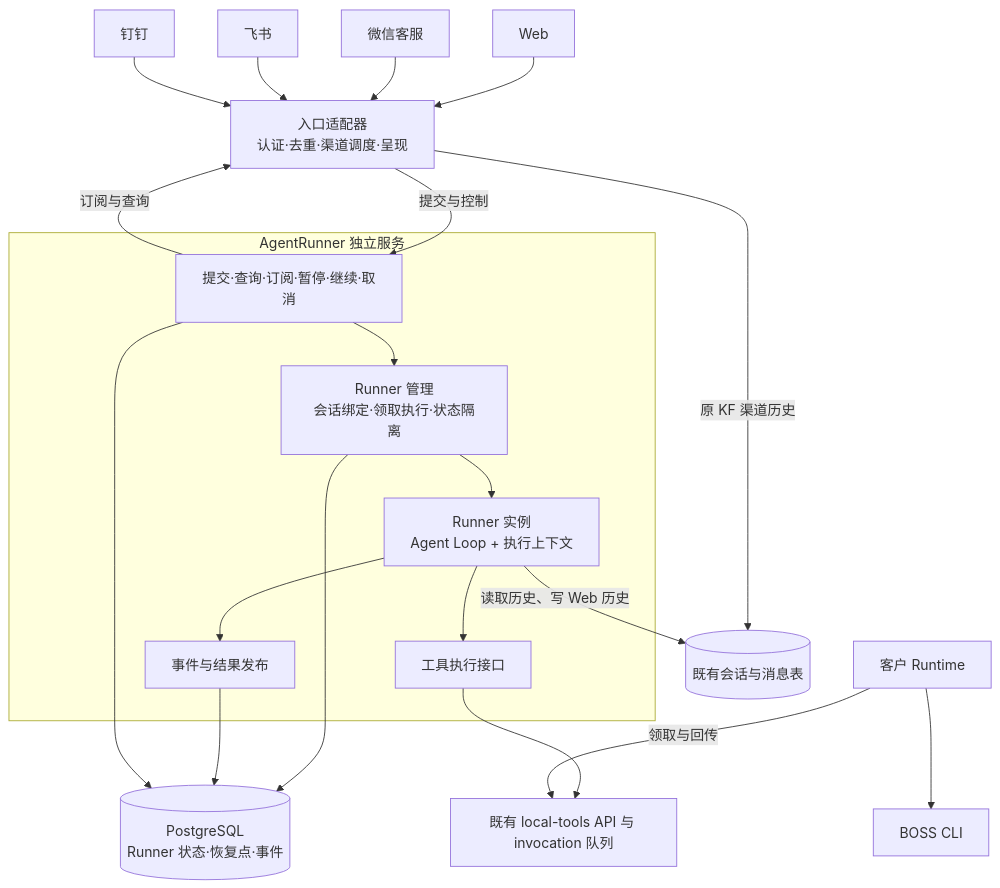
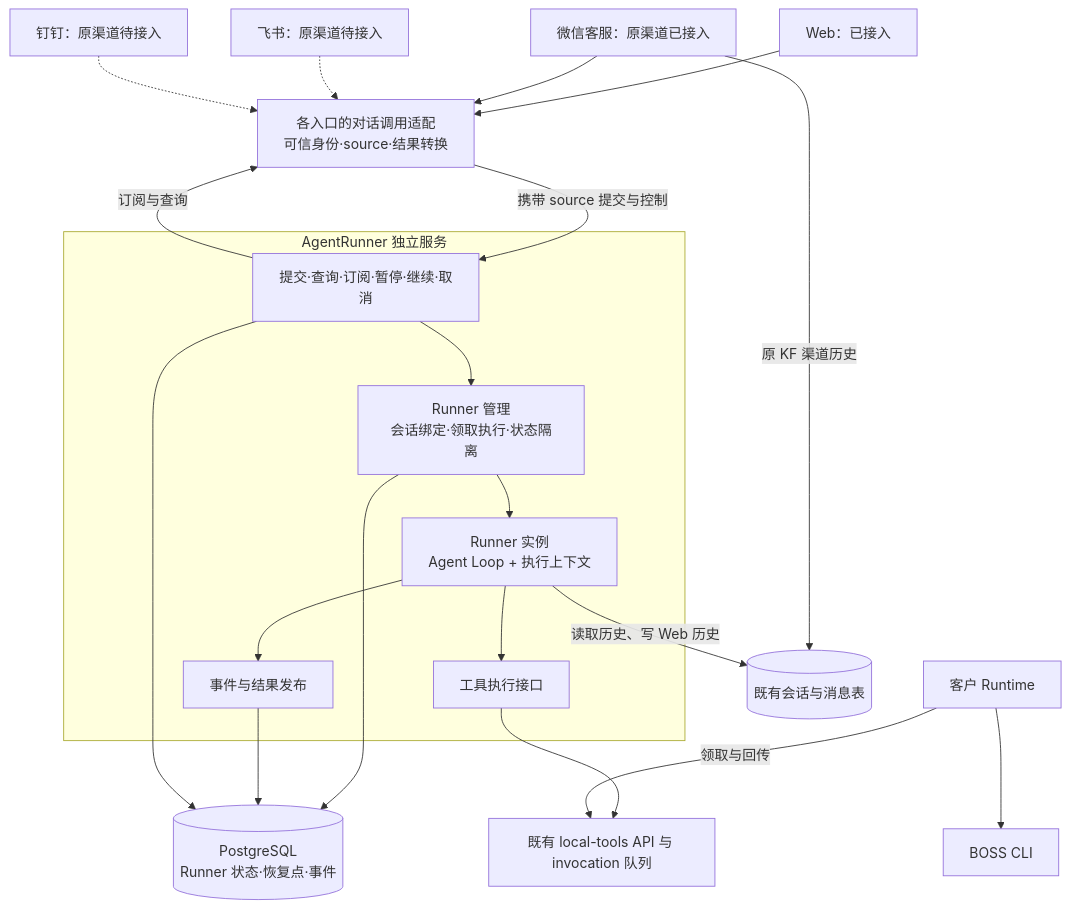
One commit to ethynic/aid-work-agent changed the diagram in docs/system/agent-application-architecture-design.md. Above: the diagram before and after it, drawn with Mermaid. The commit also changed other lines of this file and 9 other files, not shown here.

First line of the commit message:
docs(architecture): 重构完成状态归档与渠道接入一致性修订

````diff
--- a/docs/system/agent-application-architecture-design.md
+++ b/docs/system/agent-application-architecture-design.md
@@ -46,38 +48,38 @@
 ```mermaid
 flowchart TB
-  W[Web]
-  K[微信客服]
-  F[飞书]
-  D[钉钉]
-  A["入口适配器<br/>认证·去重·渠道调度·呈现"]
+  W[Web：已接入]
+  K[微信客服：原渠道已接入]
+  F[飞书：原渠道待接入]
+  D[钉钉：原渠道待接入]
+  A["各入口的对话调用适配<br/>可信身份·source·结果转换"]
   subgraph Service[AgentRunner 独立服务]
     API[提交·查询·订阅·暂停·继续·取消]
     Manager["Runner 管理<br/>会话绑定·领取执行·状态隔离"]
     Runner["Runner 实例<br/>Agent Loop + 执行上下文"]
     Tools[工具执行接口]
     Events[事件与结果发布]
   end
   Store[("PostgreSQL<br/>Runner 状态·恢复点·事件")]
   Chat[(既有会话与消息表)]
   Local[既有 local-tools API 与 invocation 队列]
   RT[客户 Runtime]
   B[BOSS CLI]
   W --> A
   K --> A
-  F --> A
-  D --> A
-  A -->|提交与控制| API
+  F -.-> A
+  D -.-> A
+  A -->|携带 source 提交与控制| API
   API -->|订阅与查询| A
   API --> Manager
   Manager --> Runner
   Runner --> Tools
   Runner --> Events
   Manager --> Store
   Events --> Store
   API --> Store
   Runner -->|读取历史、写 Web 历史| Chat
-  A -->|原 KF 渠道历史| Chat
+  K -->|原 KF 渠道历史| Chat
   Tools --> Local
   RT -->|领取与回传| Local
   RT --> B
 ```
````
